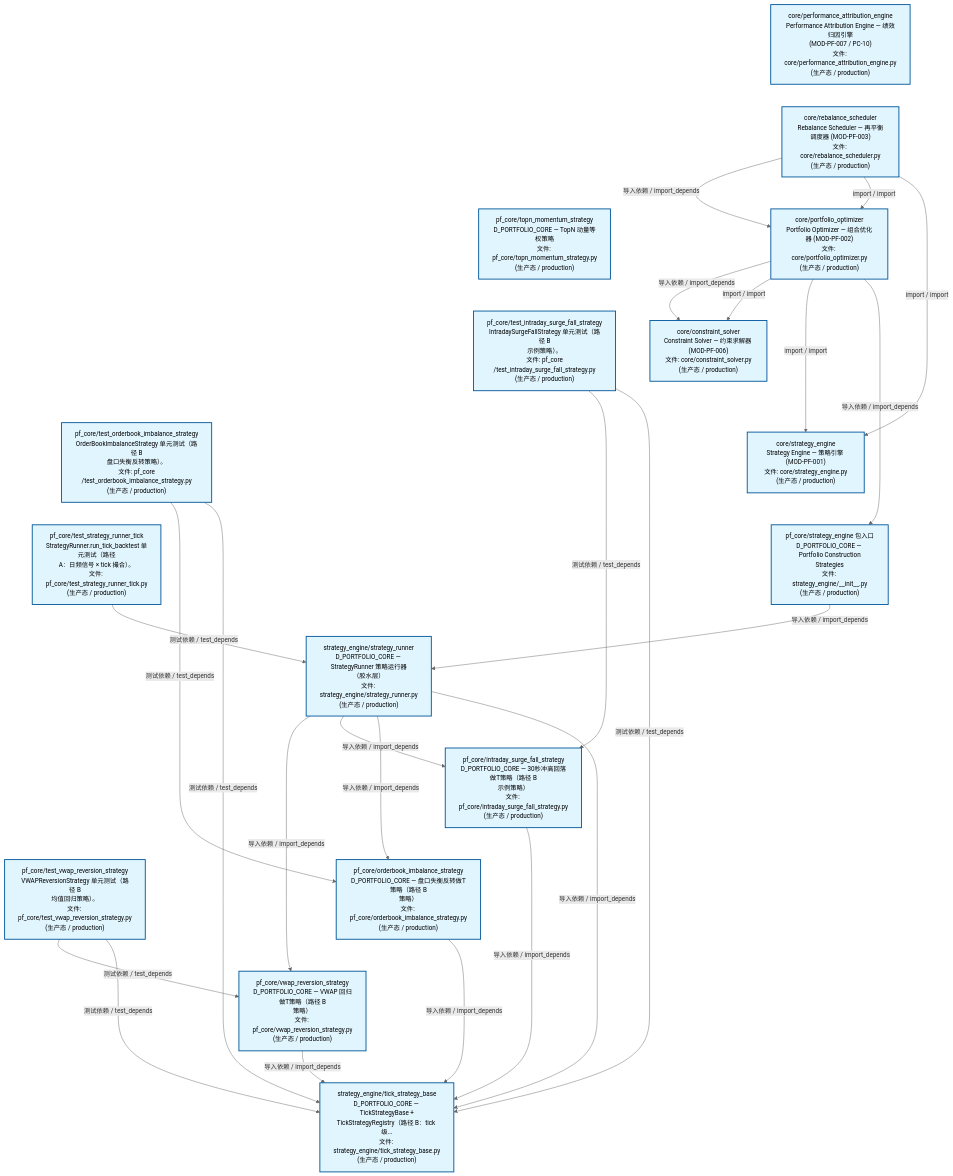
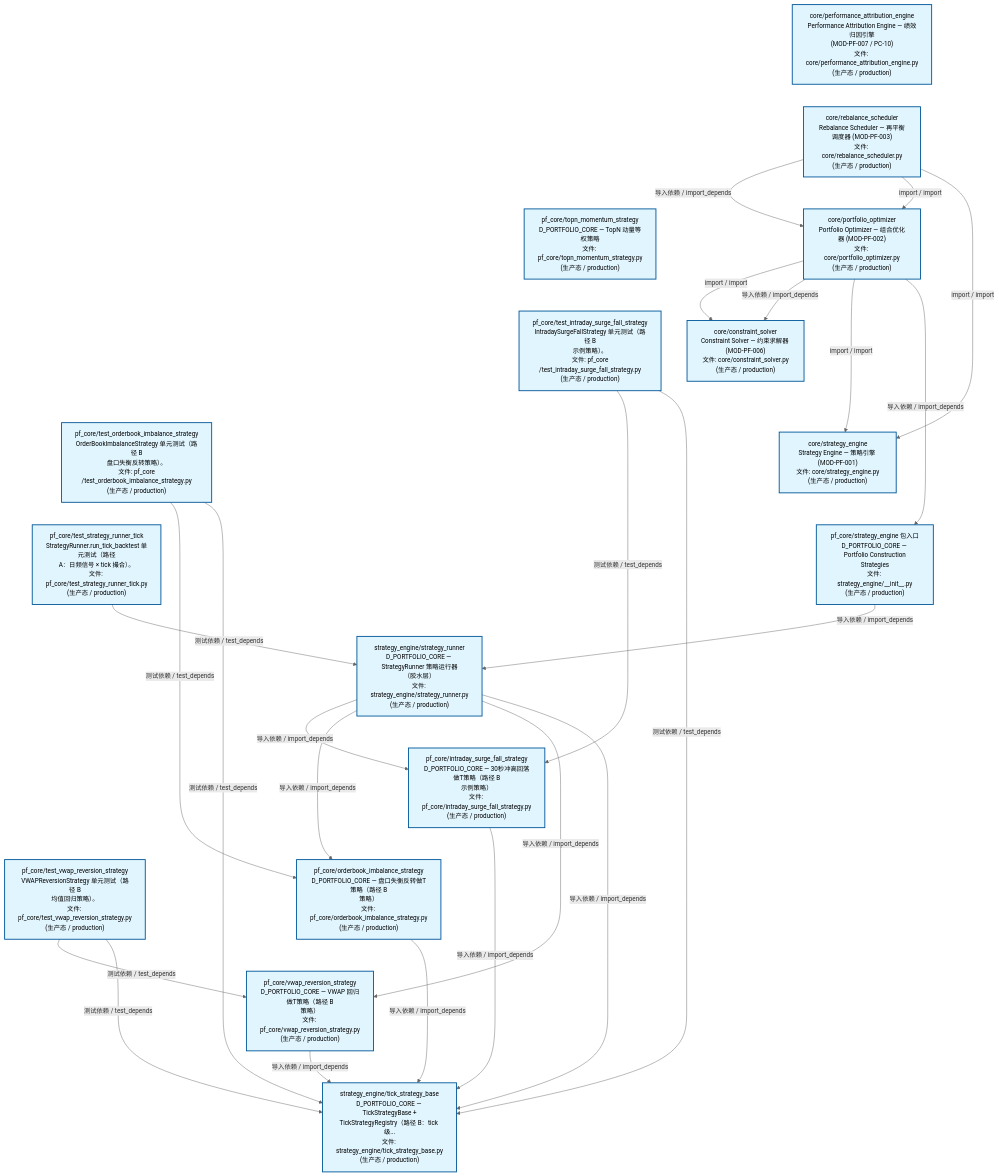
The second of 3 diagrams in docs/02_enterprise_architecture/02_domain_architecture_docs/63_d_pf_core.md (xuanFelixVan/ZephyrAlpha), drawn with Mermaid before and after one commit. The commit also changed other lines of this file and 50 other files, not shown here.

````diff
--- a/docs/02_enterprise_architecture/02_domain_architecture_docs/63_d_pf_core.md
+++ b/docs/02_enterprise_architecture/02_domain_architecture_docs/63_d_pf_core.md
@@ -139,57 +139,57 @@
 ```mermaid
 %%{init: {'theme': 'base', 'themeVariables': {'primaryColor': '#eaeaea', 'primaryTextColor': '#333333', 'primaryBorderColor': '#666666', 'lineColor': '#666666', 'secondaryColor': '#eaeaea', 'tertiaryColor': '#eaeaea', 'fontSize': '14px'}}}%%
 flowchart TD
     src_zephyr_pf_core_core_performance_attribution_engine_py["core/performance_attribution_engine<br/>Performance Attribution Engine — 绩效归因引擎<br/>(MOD-PF-007 / PC-10)<br/>文件: core/performance_attribution_engine.py<br/>(生产态 / production)"]
     src_zephyr_pf_core_core_rebalance_scheduler_py["core/rebalance_scheduler<br/>Rebalance Scheduler — 再平衡调度器 (MOD-PF-003)<br/>文件: core/rebalance_scheduler.py<br/>(生产态 / production)"]
     src_zephyr_pf_core_topn_momentum_strategy_py["pf_core/topn_momentum_strategy<br/>D_PORTFOLIO_CORE — TopN 动量等权策略<br/>文件: pf_core/topn_momentum_strategy.py<br/>(生产态 / production)"]
     tests_pf_core_test_intraday_surge_fall_strategy_py["pf_core/test_intraday_surge_fall_strategy<br/>IntradaySurgeFallStrategy 单元测试（路径 B<br/>示例策略）。<br/>文件: pf_core<br/>/test_intraday_surge_fall_strategy.py<br/>(生产态 / production)"]
     tests_pf_core_test_orderbook_imbalance_strategy_py["pf_core/test_orderbook_imbalance_strategy<br/>OrderBookImbalanceStrategy 单元测试（路径 B<br/>盘口失衡反转策略）。<br/>文件: pf_core<br/>/test_orderbook_imbalance_strategy.py<br/>(生产态 / production)"]
     tests_pf_core_test_strategy_runner_tick_py["pf_core/test_strategy_runner_tick<br/>StrategyRunner.run_tick_backtest 单元测试（路径<br/>A：日频信号 × tick 撮合）。<br/>文件: pf_core/test_strategy_runner_tick.py<br/>(生产态 / production)"]
     tests_pf_core_test_vwap_reversion_strategy_py["pf_core/test_vwap_reversion_strategy<br/>VWAPReversionStrategy 单元测试（路径 B<br/>均值回归策略）。<br/>文件: pf_core/test_vwap_reversion_strategy.py<br/>(生产态 / production)"]
     src_zephyr_pf_core_core_performance_attribution_engine_py ~~~ src_zephyr_pf_core_core_rebalance_scheduler_py
     src_zephyr_pf_core_core_rebalance_scheduler_py ~~~ src_zephyr_pf_core_topn_momentum_strategy_py
     src_zephyr_pf_core_topn_momentum_strategy_py ~~~ tests_pf_core_test_intraday_surge_fall_strategy_py
     tests_pf_core_test_intraday_surge_fall_strategy_py ~~~ tests_pf_core_test_orderbook_imbalance_strategy_py
     tests_pf_core_test_orderbook_imbalance_strategy_py ~~~ tests_pf_core_test_strategy_runner_tick_py
     tests_pf_core_test_strategy_runner_tick_py ~~~ tests_pf_core_test_vwap_reversion_strategy_py
     src_zephyr_pf_core_core_portfolio_optimizer_py["core/portfolio_optimizer<br/>Portfolio Optimizer — 组合优化器 (MOD-PF-002)<br/>文件: core/portfolio_optimizer.py<br/>(生产态 / production)"]
     src_zephyr_pf_core_core_constraint_solver_py["core/constraint_solver<br/>Constraint Solver — 约束求解器 (MOD-PF-006)<br/>文件: core/constraint_solver.py<br/>(生产态 / production)"]
     src_zephyr_pf_core_core_strategy_engine_py["core/strategy_engine<br/>Strategy Engine — 策略引擎 (MOD-PF-001)<br/>文件: core/strategy_engine.py<br/>(生产态 / production)"]
     src_zephyr_pf_core_strategy_engine_init_py["pf_core/strategy_engine 包入口<br/>D_PORTFOLIO_CORE — Portfolio Construction<br/>Strategies<br/>文件: strategy_engine/__init__.py<br/>(生产态 / production)"]
     src_zephyr_pf_core_core_constraint_solver_py ~~~ src_zephyr_pf_core_core_strategy_engine_py
     src_zephyr_pf_core_core_strategy_engine_py ~~~ src_zephyr_pf_core_strategy_engine_init_py
     src_zephyr_pf_core_strategy_engine_strategy_runner_py["strategy_engine/strategy_runner<br/>D_PORTFOLIO_CORE — StrategyRunner 策略运行器<br/>（胶水层）<br/>文件: strategy_engine/strategy_runner.py<br/>(生产态 / production)"]
     src_zephyr_pf_core_intraday_surge_fall_strategy_py["pf_core/intraday_surge_fall_strategy<br/>D_PORTFOLIO_CORE — 30秒冲高回落做T策略（路径 B<br/>示例策略）<br/>文件: pf_core/intraday_surge_fall_strategy.py<br/>(生产态 / production)"]
     src_zephyr_pf_core_orderbook_imbalance_strategy_py["pf_core/orderbook_imbalance_strategy<br/>D_PORTFOLIO_CORE — 盘口失衡反转做T策略（路径 B<br/>策略）<br/>文件: pf_core/orderbook_imbalance_strategy.py<br/>(生产态 / production)"]
     src_zephyr_pf_core_vwap_reversion_strategy_py["pf_core/vwap_reversion_strategy<br/>D_PORTFOLIO_CORE — VWAP 回归做T策略（路径 B<br/>策略）<br/>文件: pf_core/vwap_reversion_strategy.py<br/>(生产态 / production)"]
     src_zephyr_pf_core_intraday_surge_fall_strategy_py ~~~ src_zephyr_pf_core_orderbook_imbalance_strategy_py
     src_zephyr_pf_core_orderbook_imbalance_strategy_py ~~~ src_zephyr_pf_core_vwap_reversion_strategy_py
     src_zephyr_pf_core_strategy_engine_tick_strategy_base_py["strategy_engine/tick_strategy_base<br/>D_PORTFOLIO_CORE — TickStrategyBase +<br/>TickStrategyRegistry（路径 B：tick 级...<br/>文件: strategy_engine/tick_strategy_base.py<br/>(生产态 / production)"]
-    src_zephyr_pf_core_core_portfolio_optimizer_py -->|导入依赖 / import_depends| src_zephyr_pf_core_core_constraint_solver_py
-    src_zephyr_pf_core_core_portfolio_optimizer_py -->|import / import| src_zephyr_pf_core_core_constraint_solver_py
-    src_zephyr_pf_core_core_portfolio_optimizer_py -->|import / import| src_zephyr_pf_core_core_strategy_engine_py
-    src_zephyr_pf_core_core_portfolio_optimizer_py -->|导入依赖 / import_depends| src_zephyr_pf_core_strategy_engine_init_py
+    src_zephyr_pf_core_intraday_surge_fall_strategy_py -->|导入依赖 / import_depends| src_zephyr_pf_core_strategy_engine_tick_strategy_base_py
+    src_zephyr_pf_core_orderbook_imbalance_strategy_py -->|导入依赖 / import_depends| src_zephyr_pf_core_strategy_engine_tick_strategy_base_py
+    src_zephyr_pf_core_vwap_reversion_strategy_py -->|导入依赖 / import_depends| src_zephyr_pf_core_strategy_engine_tick_strategy_base_py
     src_zephyr_pf_core_core_rebalance_scheduler_py -->|导入依赖 / import_depends| src_zephyr_pf_core_core_portfolio_optimizer_py
     src_zephyr_pf_core_core_rebalance_scheduler_py -->|import / import| src_zephyr_pf_core_core_portfolio_optimizer_py
     src_zephyr_pf_core_core_rebalance_scheduler_py -->|import / import| src_zephyr_pf_core_core_strategy_engine_py
-    src_zephyr_pf_core_vwap_reversion_strategy_py -->|导入依赖 / import_depends| src_zephyr_pf_core_strategy_engine_tick_strategy_base_py
-    src_zephyr_pf_core_intraday_surge_fall_strategy_py -->|导入依赖 / import_depends| src_zephyr_pf_core_strategy_engine_tick_strategy_base_py
-    src_zephyr_pf_core_orderbook_imbalance_strategy_py -->|导入依赖 / import_depends| src_zephyr_pf_core_strategy_engine_tick_strategy_base_py
+    src_zephyr_pf_core_core_portfolio_optimizer_py -->|import / import| src_zephyr_pf_core_core_constraint_solver_py
+    src_zephyr_pf_core_core_portfolio_optimizer_py -->|导入依赖 / import_depends| src_zephyr_pf_core_core_constraint_solver_py
+    src_zephyr_pf_core_core_portfolio_optimizer_py -->|import / import| src_zephyr_pf_core_core_strategy_engine_py
+    src_zephyr_pf_core_core_portfolio_optimizer_py -->|导入依赖 / import_depends| src_zephyr_pf_core_strategy_engine_init_py
     src_zephyr_pf_core_strategy_engine_init_py -->|导入依赖 / import_depends| src_zephyr_pf_core_strategy_engine_strategy_runner_py
-    src_zephyr_pf_core_strategy_engine_strategy_runner_py -->|导入依赖 / import_depends| src_zephyr_pf_core_vwap_reversion_strategy_py
     src_zephyr_pf_core_strategy_engine_strategy_runner_py -->|导入依赖 / import_depends| src_zephyr_pf_core_intraday_surge_fall_strategy_py
     src_zephyr_pf_core_strategy_engine_strategy_runner_py -->|导入依赖 / import_depends| src_zephyr_pf_core_orderbook_imbalance_strategy_py
+    src_zephyr_pf_core_strategy_engine_strategy_runner_py -->|导入依赖 / import_depends| src_zephyr_pf_core_vwap_reversion_strategy_py
     src_zephyr_pf_core_strategy_engine_strategy_runner_py -->|导入依赖 / import_depends| src_zephyr_pf_core_strategy_engine_tick_strategy_base_py
     tests_pf_core_test_intraday_surge_fall_strategy_py -->|测试依赖 / test_depends| src_zephyr_pf_core_intraday_surge_fall_strategy_py
     tests_pf_core_test_intraday_surge_fall_strategy_py -->|测试依赖 / test_depends| src_zephyr_pf_core_strategy_engine_tick_strategy_base_py
-    tests_pf_core_test_strategy_runner_tick_py -->|测试依赖 / test_depends| src_zephyr_pf_core_strategy_engine_strategy_runner_py
     tests_pf_core_test_orderbook_imbalance_strategy_py -->|测试依赖 / test_depends| src_zephyr_pf_core_orderbook_imbalance_strategy_py
     tests_pf_core_test_orderbook_imbalance_strategy_py -->|测试依赖 / test_depends| src_zephyr_pf_core_strategy_engine_tick_strategy_base_py
+    tests_pf_core_test_strategy_runner_tick_py -->|测试依赖 / test_depends| src_zephyr_pf_core_strategy_engine_strategy_runner_py
     tests_pf_core_test_vwap_reversion_strategy_py -->|测试依赖 / test_depends| src_zephyr_pf_core_vwap_reversion_strategy_py
     tests_pf_core_test_vwap_reversion_strategy_py -->|测试依赖 / test_depends| src_zephyr_pf_core_strategy_engine_tick_strategy_base_py
     classDef production fill:#e1f5fe,stroke:#01579b,stroke-width:2px,color:#000
     classDef design fill:#fff3e0,stroke:#e65100,stroke-width:2px,color:#000,stroke-dasharray: 5 5
     classDef external_prod fill:#e8f4fd,stroke:#0277bd,stroke-width:1px,color:#000
     classDef external_design fill:#fff8e7,stroke:#ef6c00,stroke-width:1px,color:#000,stroke-dasharray: 5 5
     class src_zephyr_pf_core_core_constraint_solver_py,src_zephyr_pf_core_core_performance_attribution_engine_py,src_zephyr_pf_core_core_portfolio_optimizer_py,src_zephyr_pf_core_core_rebalance_scheduler_py,src_zephyr_pf_core_core_strategy_engine_py,src_zephyr_pf_core_intraday_surge_fall_strategy_py,src_zephyr_pf_core_orderbook_imbalance_strategy_py,src_zephyr_pf_core_strategy_engine_init_py,src_zephyr_pf_core_strategy_engine_strategy_runner_py,src_zephyr_pf_core_strategy_engine_tick_strategy_base_py,src_zephyr_pf_core_topn_momentum_strategy_py,src_zephyr_pf_core_vwap_reversion_strategy_py,tests_pf_core_test_intraday_surge_fall_strategy_py,tests_pf_core_test_orderbook_imbalance_strategy_py,tests_pf_core_test_strategy_runner_tick_py,tests_pf_core_test_vwap_reversion_strategy_py production
 ```
````
